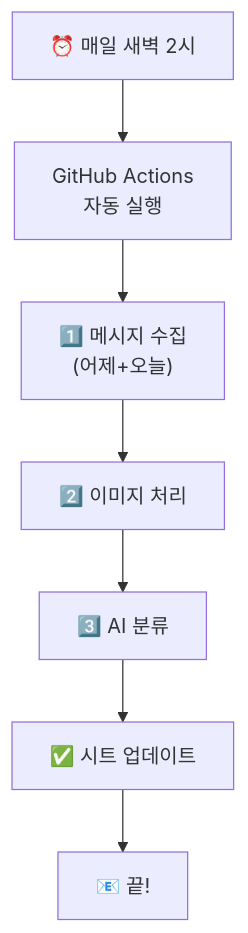
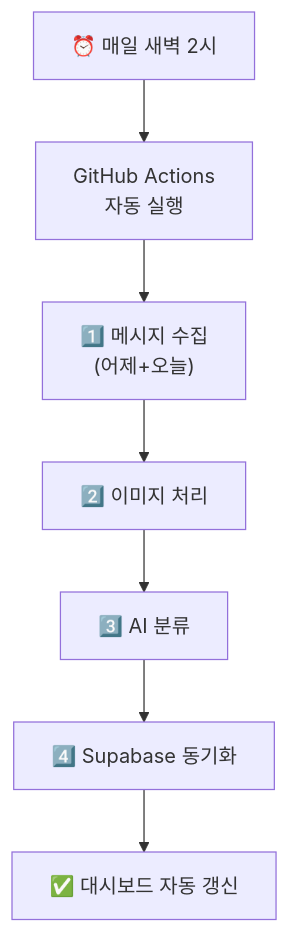
One commit to chonghlee-cmyk/slack_messages changed the seventh of 7 diagrams in ARCHITECTURE.md. Above: the diagram before and after it, drawn with Mermaid. The commit also changed other lines of this file and 1 other file, not shown here.

First line of the commit message:
docs: 최근 변경사항 반영 (대시보드 배포, 다중 작품, 다국어 매칭, egress 최적화)

````diff
--- a/ARCHITECTURE.md
+++ b/ARCHITECTURE.md
@@ -181,9 +210,9 @@
 ```mermaid
 flowchart TB
     A["⏰ 매일 새벽 2시"] --> B["GitHub Actions<br/>자동 실행"]
     B --> C["1️⃣ 메시지 수집<br/>(어제+오늘)"]
     C --> D["2️⃣ 이미지 처리"]
     D --> E["3️⃣ AI 분류"]
-    E --> F["✅ 시트 업데이트"]
-    F --> G["📧 끝!"]
+    E --> F["4️⃣ Supabase 동기화"]
+    F --> G["✅ 대시보드 자동 갱신"]
 ```
````
